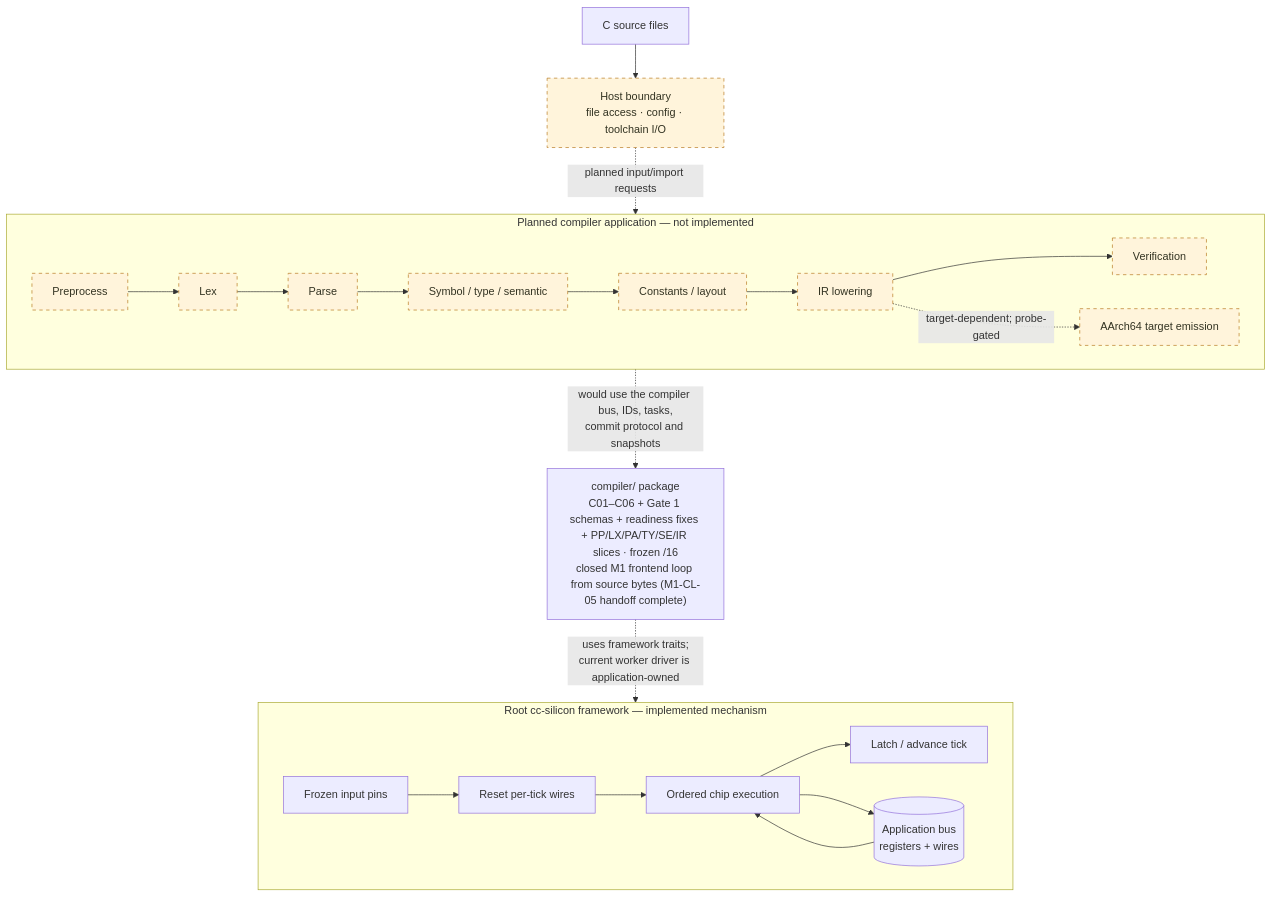
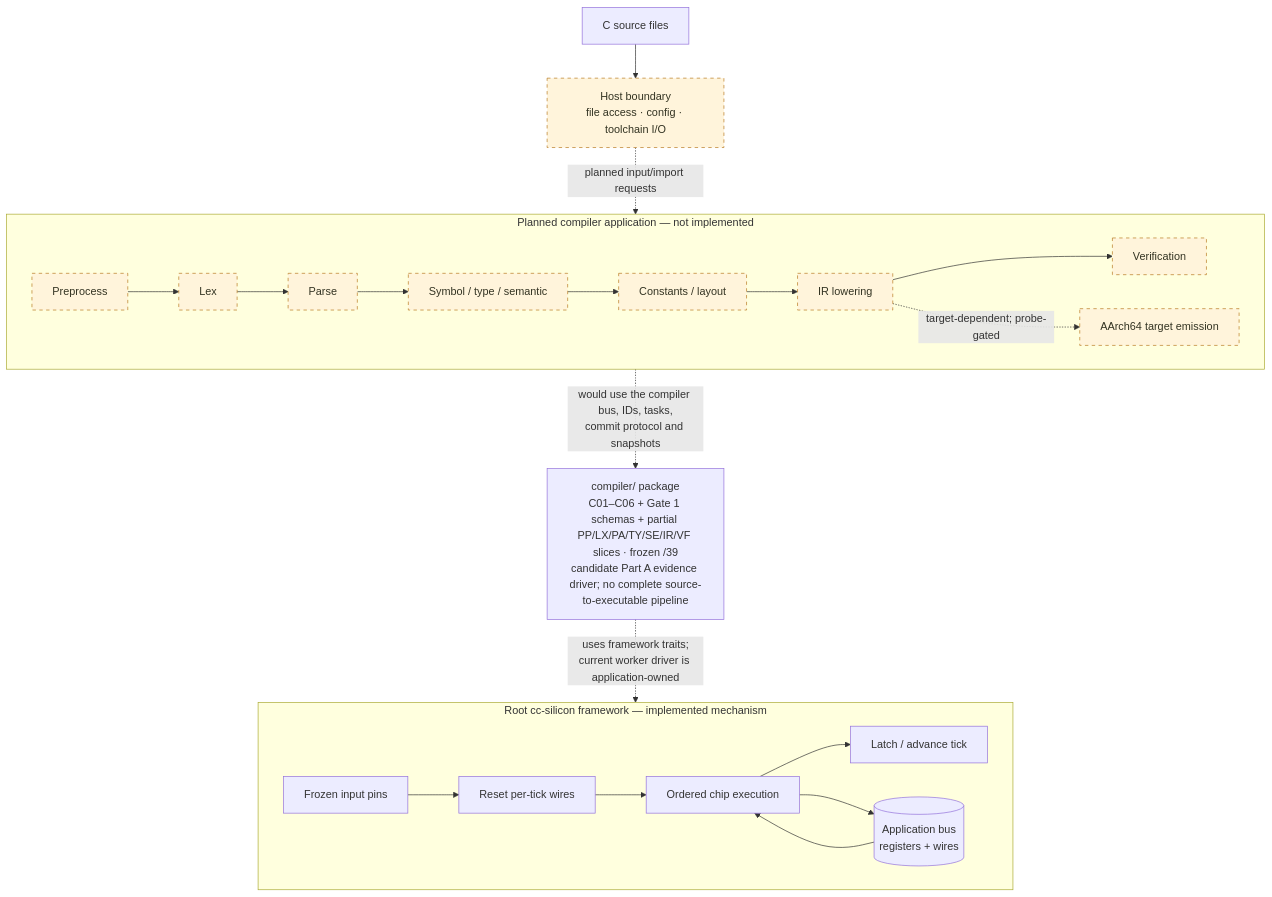
One commit to immane/cc-silicon changed the first of 2 diagrams in README.md. Above: the diagram before and after it, drawn with Mermaid. The commit also changed other lines of this file and 36 other files, not shown here.

````diff
--- a/README.md
+++ b/README.md
@@ -130,28 +132,28 @@
 ```mermaid
 flowchart TB
     SRC["C source files"] --> HOST["Host boundary<br/>file access · config · toolchain I/O"]
     HOST -. "planned input/import requests" .-> PIPE
 
     subgraph PIPE["Planned compiler application — not implemented"]
         direction LR
         PP["Preprocess"] --> LEX["Lex"] --> PARSE["Parse"] --> SEM["Symbol / type / semantic"]
         SEM --> CONST["Constants / layout"] --> IR["IR lowering"] --> VERIFY["Verification"]
         IR -. "target-dependent; probe-gated" .-> TARGET["AArch64 target emission"]
     end
 
-    FOUNDATION["compiler/ package<br/>C01–C06 + Gate 1 schemas + readiness fixes + PP/LX/PA/TY/SE/IR slices · frozen /16<br/>closed M1 frontend loop from source bytes (M1-CL-05 handoff complete)"]
+    FOUNDATION["compiler/ package<br/>C01–C06 + Gate 1 schemas + partial PP/LX/PA/TY/SE/IR/VF slices · frozen /39<br/>candidate Part A evidence driver; no complete source-to-executable pipeline"]
     PIPE -. "would use the compiler bus, IDs, tasks,<br/>commit protocol and snapshots" .-> FOUNDATION
 
     subgraph RUNTIME["Root cc-silicon framework — implemented mechanism"]
         direction LR
         PINS["Frozen input pins"] --> RESET["Reset per-tick wires"] --> CHIPS["Ordered chip execution"]
         CHIPS --> LATCH["Latch / advance tick"]
         BUS[("Application bus<br/>registers + wires")]
         BUS --> CHIPS
         CHIPS --> BUS
     end
     FOUNDATION -. "uses framework traits;<br/>current worker driver is application-owned" .-> RUNTIME
 
     classDef planned fill:#fff4db,stroke:#b7791f,stroke-dasharray:5 5,color:#332;
     class PP,LEX,PARSE,SEM,CONST,IR,VERIFY,TARGET,HOST planned;
 ```
````
